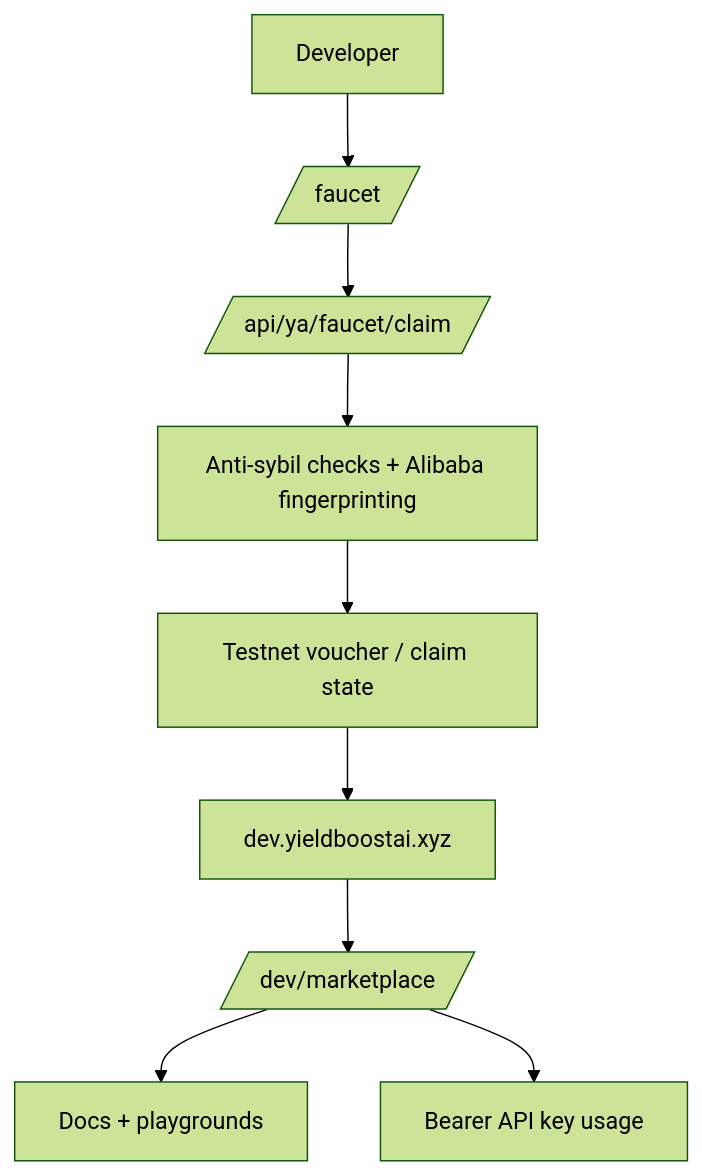
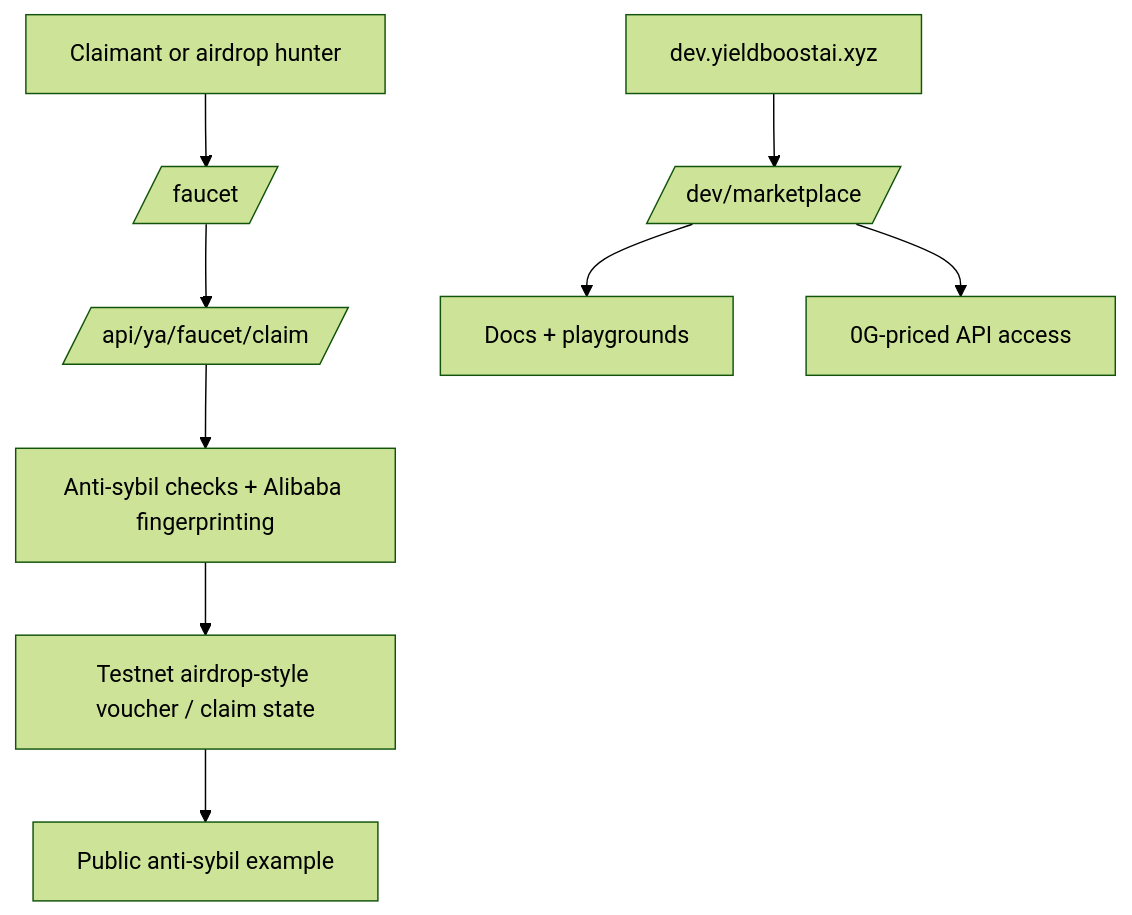
Before and after one commit to clawhubs/yieldboost: the fifth of 8 diagrams in README.md, drawn with Mermaid (forest theme). The commit also changed other lines of this file, not shown here.

Commit message:
Refine README network honesty and anti-sybil story

````diff
--- a/README.md
+++ b/README.md
@@ -489,11 +489,11 @@
 ```mermaid
 flowchart TD
-    DEV[Developer] --> FAUCET[/faucet/]
+    CLAIMANT[Claimant or airdrop hunter] --> FAUCET[/faucet/]
     FAUCET --> CLAIM[/api/ya/faucet/claim/]
     CLAIM --> ABUSE[Anti-sybil checks + Alibaba fingerprinting]
-    ABUSE --> VOUCHER[Testnet voucher / claim state]
-    VOUCHER --> DEVPORTAL[dev.yieldboostai.xyz]
-    DEVPORTAL --> MARKET[/dev/marketplace/]
+    ABUSE --> VOUCHER[Testnet airdrop-style voucher / claim state]
+    VOUCHER --> EXAMPLE[Public anti-sybil example]
+    DEVPORTAL[dev.yieldboostai.xyz] --> MARKET[/dev/marketplace/]
     MARKET --> DOCS[Docs + playgrounds]
-    MARKET --> APIKEY[Bearer API key usage]
+    MARKET --> APIKEY[0G-priced API access]
 ```
````
